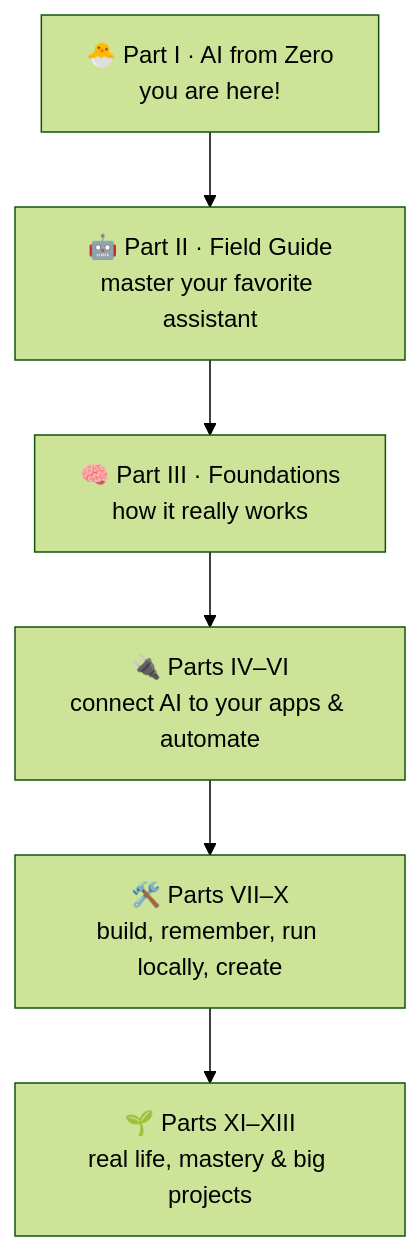
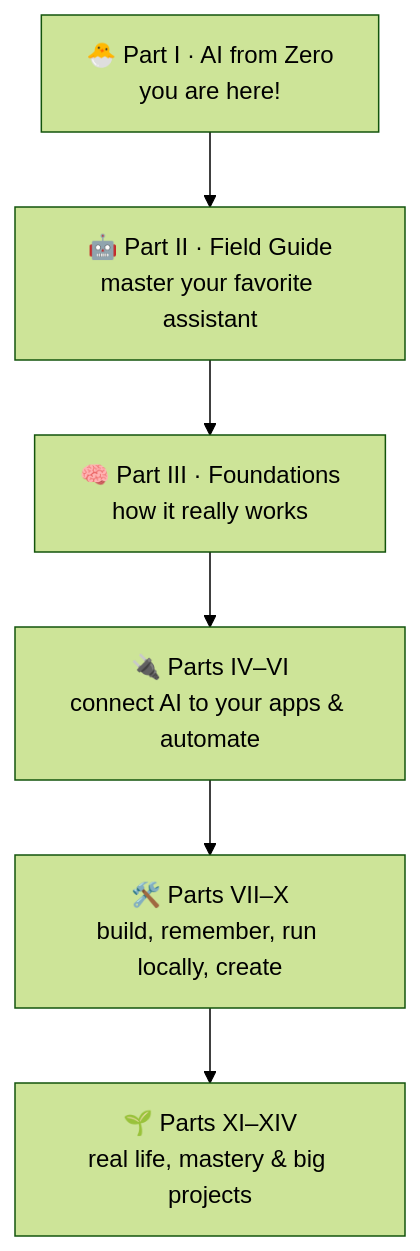
One commit to Axmann8/AI_For_Advanced_Beginners changed the second of 2 diagrams in manual/part-1-ai-from-zero/01-what-is-ai-really.md. Above: the diagram before and after it, drawn with Mermaid (forest theme). The commit also changed 33 other files, not shown here.

````diff
--- a/manual/part-1-ai-from-zero/01-what-is-ai-really.md
+++ b/manual/part-1-ai-from-zero/01-what-is-ai-really.md
@@ -198,8 +198,8 @@
 ```mermaid
 flowchart TD
     A["🐣 Part I · AI from Zero<br/>you are here!"] --> B["🤖 Part II · Field Guide<br/>master your favorite assistant"]
     B --> C["🧠 Part III · Foundations<br/>how it really works"]
     C --> D["🔌 Parts IV–VI<br/>connect AI to your apps & automate"]
     D --> E["🛠️ Parts VII–X<br/>build, remember, run locally, create"]
-    E --> F["🌱 Parts XI–XIII<br/>real life, mastery & big projects"]
+    E --> F["🌱 Parts XI–XIV<br/>real life, mastery & big projects"]
 ```
````
